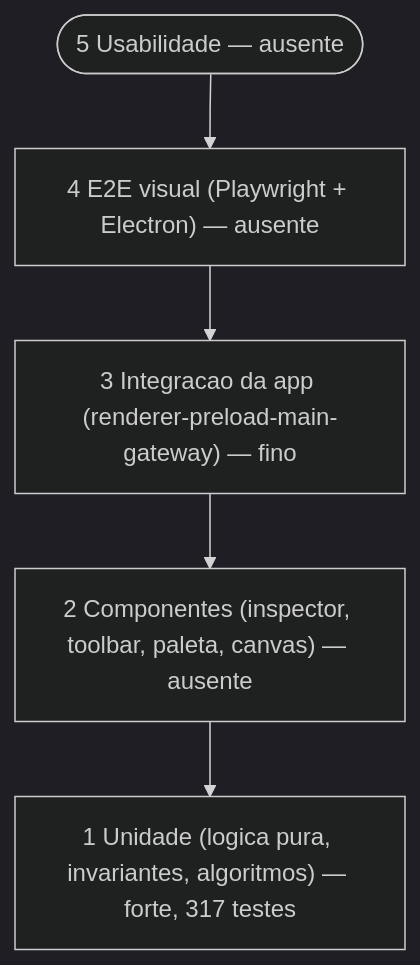
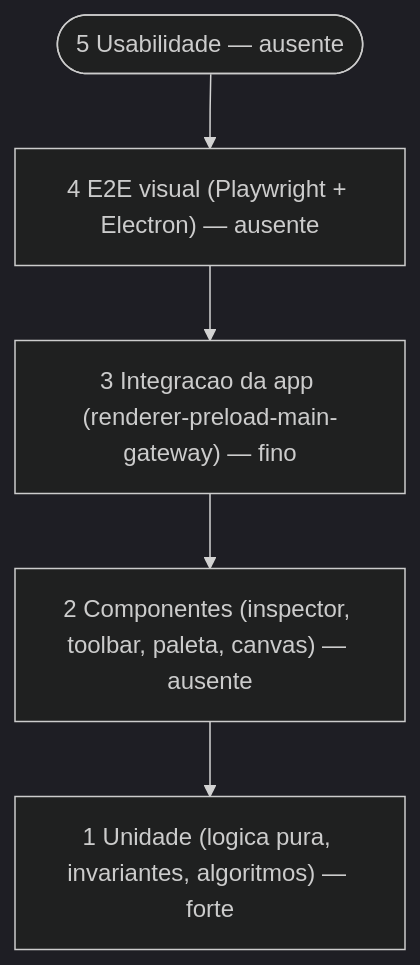
One commit to flaviotinococoutinho/Gridsmith changed the sixth of 8 diagrams in docs/ARCHITECTURE-SPEC.md. Above: the diagram before and after it, drawn with Mermaid (dark theme). The commit also changed other lines of this file and 7 other files, not shown here.

````diff
--- a/docs/ARCHITECTURE-SPEC.md
+++ b/docs/ARCHITECTURE-SPEC.md
@@ -904,9 +917,9 @@
 ```mermaid
 graph TD
   N5(["5 Usabilidade — ausente"])
   N4["4 E2E visual (Playwright + Electron) — ausente"]
   N3["3 Integracao da app (renderer-preload-main-gateway) — fino"]
   N2["2 Componentes (inspector, toolbar, paleta, canvas) — ausente"]
-  N1["1 Unidade (logica pura, invariantes, algoritmos) — forte, 317 testes"]
+  N1["1 Unidade (logica pura, invariantes, algoritmos) — forte"]
   N5 --> N4 --> N3 --> N2 --> N1
 ```
````
